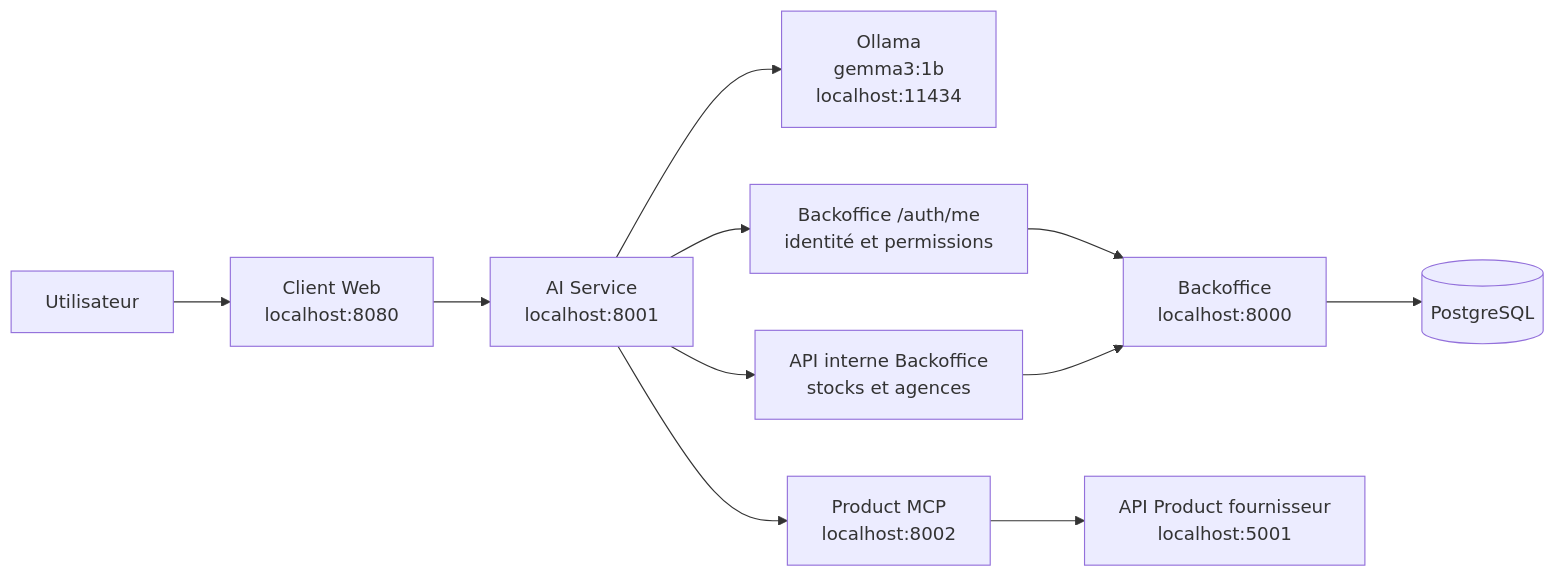
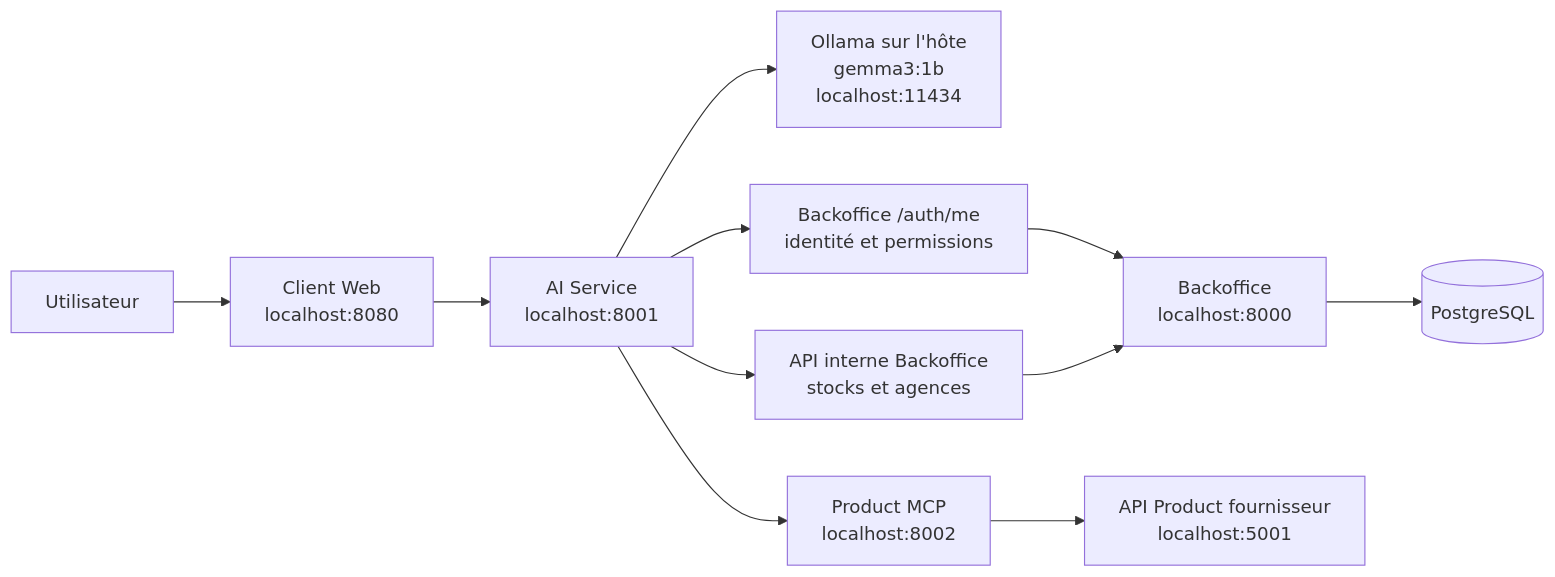
Before and after one commit to Thomas-lab17/HBntory: the first of 3 diagrams in docs/ai_agent_architecture_and_session_summary.md, drawn with Mermaid. The commit also changed other lines of this file and 2 other files, not shown here.

Commit message:
fix: connect AI service to host Ollama

````diff
--- a/docs/ai_agent_architecture_and_session_summary.md
+++ b/docs/ai_agent_architecture_and_session_summary.md
@@ -34,16 +34,16 @@
 ```mermaid
 flowchart LR
     User["Utilisateur"] --> Web["Client Web<br/>localhost:8080"]
     Web --> AI["AI Service<br/>localhost:8001"]
 
-    AI --> Ollama["Ollama<br/>gemma3:1b<br/>localhost:11434"]
+    AI --> Ollama["Ollama sur l'hôte<br/>gemma3:1b<br/>localhost:11434"]
     AI --> Auth["Backoffice /auth/me<br/>identité et permissions"]
     AI --> StockAPI["API interne Backoffice<br/>stocks et agences"]
     AI --> MCP["Product MCP<br/>localhost:8002"]
 
     Auth --> Backoffice["Backoffice<br/>localhost:8000"]
     StockAPI --> Backoffice
     Backoffice --> DB[("PostgreSQL")]
 
     MCP --> Supplier["API Product fournisseur<br/>localhost:5001"]
 ```
````
